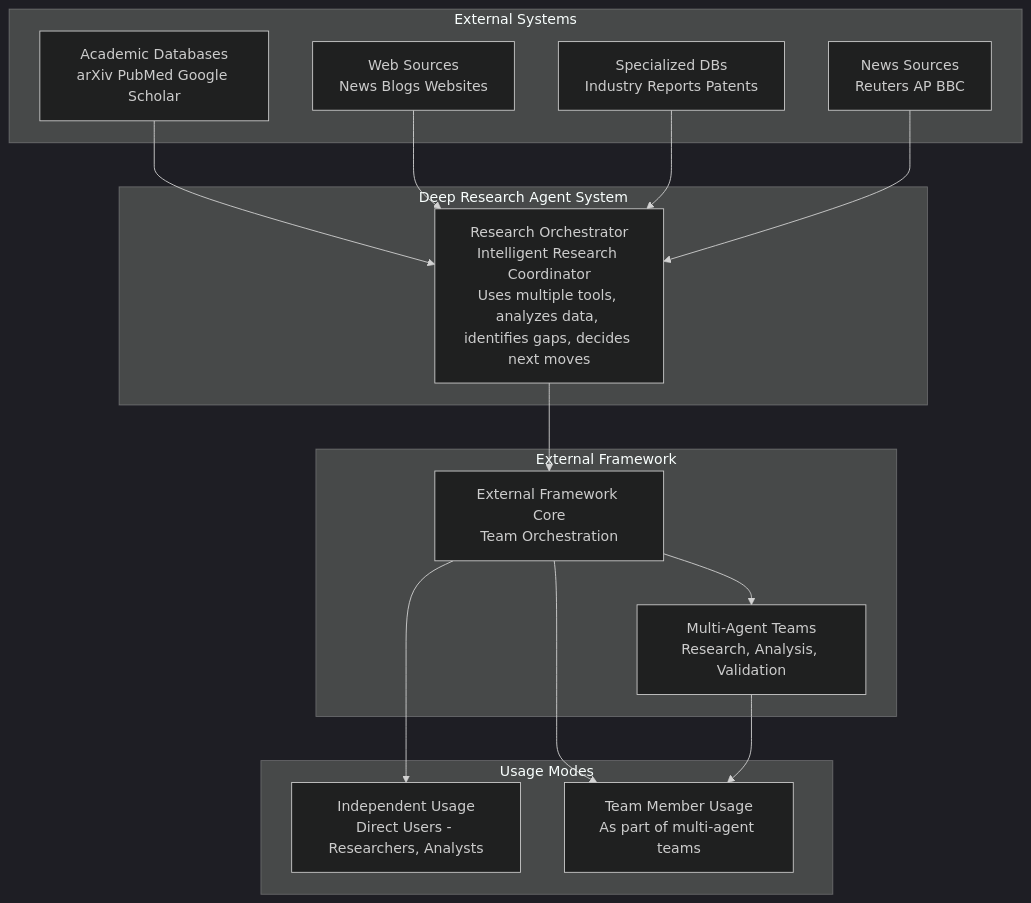
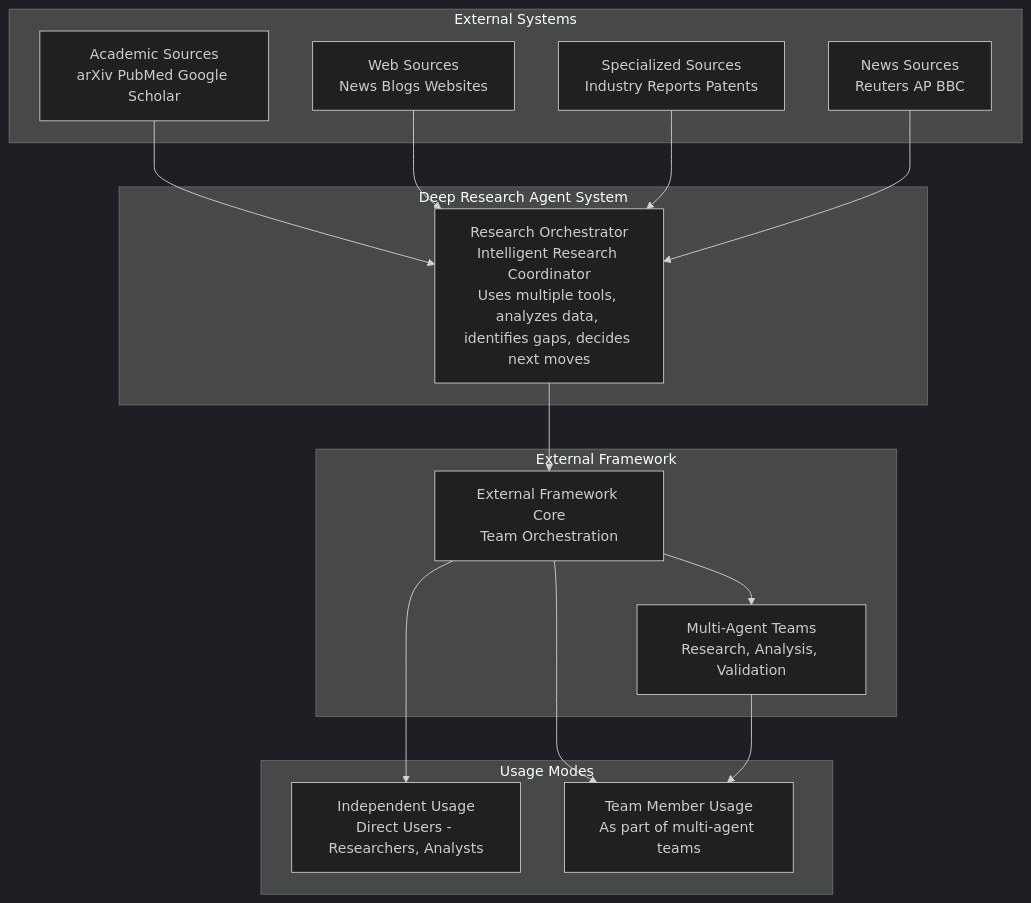
The first of 7 diagrams in docs/.architecture_design/deep_research_agent_architecture.md (agentplug/research-agent), drawn with Mermaid (dark theme) before and after one commit. The commit also changed other lines of this file, not shown here.

````diff
--- a/docs/.architecture_design/deep_research_agent_architecture.md
+++ b/docs/.architecture_design/deep_research_agent_architecture.md
@@ -43,34 +43,34 @@
 ```mermaid
 graph TB
     subgraph "External Systems"
-        AS["Academic Databases<br/>arXiv PubMed Google Scholar"]
+        AS["Academic Sources<br/>arXiv PubMed Google Scholar"]
         WS["Web Sources<br/>News Blogs Websites"]
-        SS["Specialized DBs<br/>Industry Reports Patents"]
+        SS["Specialized Sources<br/>Industry Reports Patents"]
         NS["News Sources<br/>Reuters AP BBC"]
     end
     
     subgraph "Deep Research Agent System"
         RA["Research Orchestrator<br/>Intelligent Research Coordinator<br/>Uses multiple tools, analyzes data, identifies gaps, decides next moves"]
     end
     
     subgraph "External Framework"
         AH["External Framework Core<br/>Team Orchestration"]
         MA["Multi-Agent Teams<br/>Research, Analysis, Validation"]
     end
     
     subgraph "Usage Modes"
         DU["Independent Usage<br/>Direct Users - Researchers, Analysts"]
         TA["Team Member Usage<br/>As part of multi-agent teams"]
     end
     
     AS --> RA
     WS --> RA
     SS --> RA
     NS --> RA
     
     RA --> AH
     AH --> DU
     AH --> TA
     AH --> MA
     MA --> TA
 ```
````
